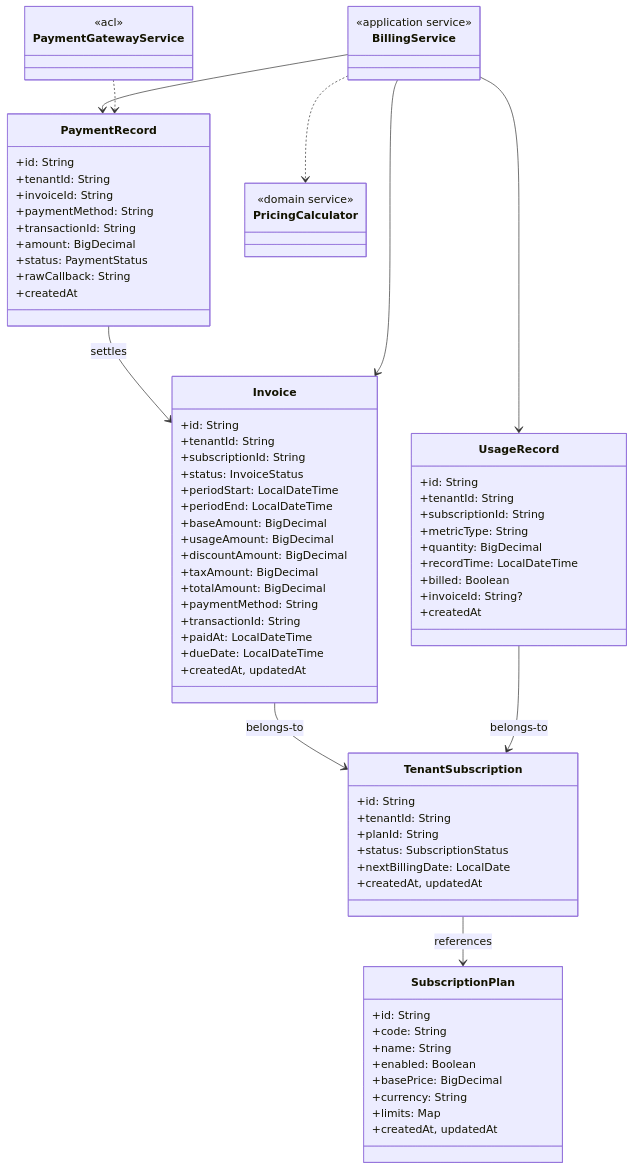
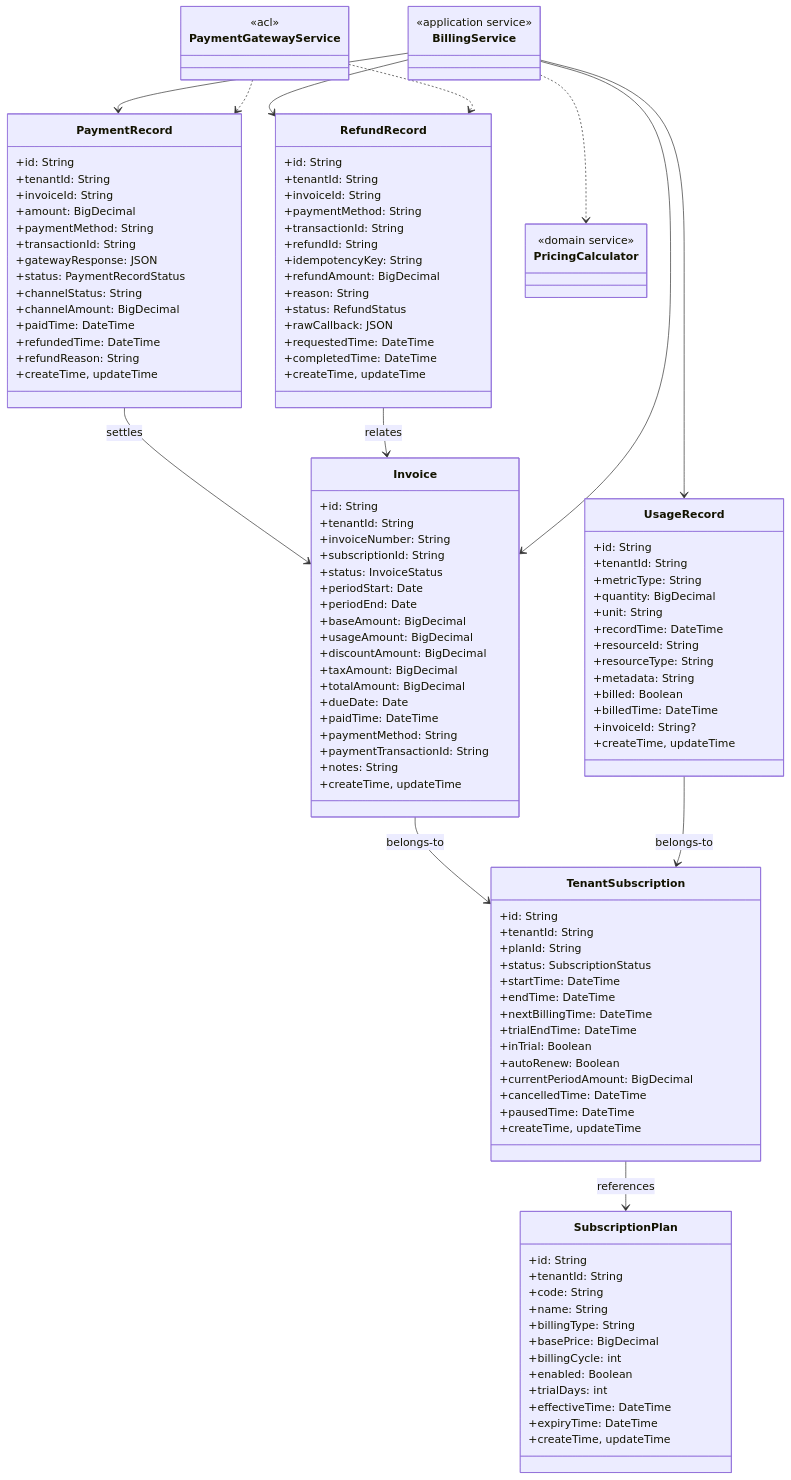
One commit to rosestack/rose-playground changed the first of 12 diagrams in rose-backend/rose-service/rose-billing-service/docs/billing-domain-model.md. Above: the diagram before and after it, drawn with Mermaid. The commit also changed other lines of this file and 37 other files, not shown here.

````diff
--- a/rose-backend/rose-service/rose-billing-service/docs/billing-domain-model.md
+++ b/rose-backend/rose-service/rose-billing-service/docs/billing-domain-model.md
@@ -18,61 +18,100 @@
 classDiagram
   class SubscriptionPlan {
     +id: String
+    +tenantId: String
     +code: String
     +name: String
+    +billingType: String
+    +basePrice: BigDecimal
+    +billingCycle: int
     +enabled: Boolean
-    +basePrice: BigDecimal
-    +currency: String
-    +limits: Map<String,Object>
-    +createdAt, updatedAt
+    +trialDays: int
+    +effectiveTime: DateTime
+    +expiryTime: DateTime
+    +createTime, updateTime
   }
   class TenantSubscription {
     +id: String
     +tenantId: String
     +planId: String
     +status: SubscriptionStatus
-    +nextBillingDate: LocalDate
-    +createdAt, updatedAt
+    +startTime: DateTime
+    +endTime: DateTime
+    +nextBillingTime: DateTime
+    +trialEndTime: DateTime
+    +inTrial: Boolean
+    +autoRenew: Boolean
+    +currentPeriodAmount: BigDecimal
+    +cancelledTime: DateTime
+    +pausedTime: DateTime
+    +createTime, updateTime
   }
   class Invoice {
     +id: String
     +tenantId: String
+    +invoiceNumber: String
     +subscriptionId: String
     +status: InvoiceStatus
-    +periodStart: LocalDateTime
-    +periodEnd: LocalDateTime
+    +periodStart: Date
+    +periodEnd: Date
     +baseAmount: BigDecimal
     +usageAmount: BigDecimal
     +discountAmount: BigDecimal
     +taxAmount: BigDecimal
     +totalAmount: BigDecimal
+    +dueDate: Date
+    +paidTime: DateTime
     +paymentMethod: String
-    +transactionId: String
-    +paidAt: LocalDateTime
-    +dueDate: LocalDateTime
-    +createdAt, updatedAt
+    +paymentTransactionId: String
+    +notes: String
+    +createTime, updateTime
   }
   class UsageRecord {
     +id: String
     +tenantId: String
-    +subscriptionId: String
     +metricType: String
     +quantity: BigDecimal
-    +recordTime: LocalDateTime
+    +unit: String
+    +recordTime: DateTime
+    +resourceId: String
+    +resourceType: String
+    +metadata: String
     +billed: Boolean
+    +billedTime: DateTime
     +invoiceId: String?
-    +createdAt
+    +createTime, updateTime
   }
   class PaymentRecord {
     +id: String
     +tenantId: String
     +invoiceId: String
+    +amount: BigDecimal
     +paymentMethod: String
     +transactionId: String
-    +amount: BigDecimal
-    +status: PaymentStatus
-    +rawCallback: String
-    +createdAt
+    +gatewayResponse: JSON
+    +status: PaymentRecordStatus
+    +channelStatus: String
+    +channelAmount: BigDecimal
+    +paidTime: DateTime
+    +refundedTime: DateTime
+    +refundReason: String
+    +createTime, updateTime
+  }
+  class RefundRecord {
+    +id: String
+    +tenantId: String
+    +invoiceId: String
+    +paymentMethod: String
+    +transactionId: String
+    +refundId: String
+    +idempotencyKey: String
+    +refundAmount: BigDecimal
+    +reason: String
+    +status: RefundStatus
+    +rawCallback: JSON
+    +requestedTime: DateTime
+    +completedTime: DateTime
+    +createTime, updateTime
   }
   class PricingCalculator {
     <<domain service>>
@@ -88,10 +127,13 @@
   Invoice --> TenantSubscription : belongs-to
   UsageRecord --> TenantSubscription : belongs-to
   PaymentRecord --> Invoice : settles
+  RefundRecord --> Invoice : relates
 
   BillingService --> Invoice
   BillingService --> UsageRecord
   BillingService --> PaymentRecord
+  BillingService --> RefundRecord
   BillingService ..> PricingCalculator
   PaymentGatewayService ..> PaymentRecord
+  PaymentGatewayService ..> RefundRecord
 ```
````
